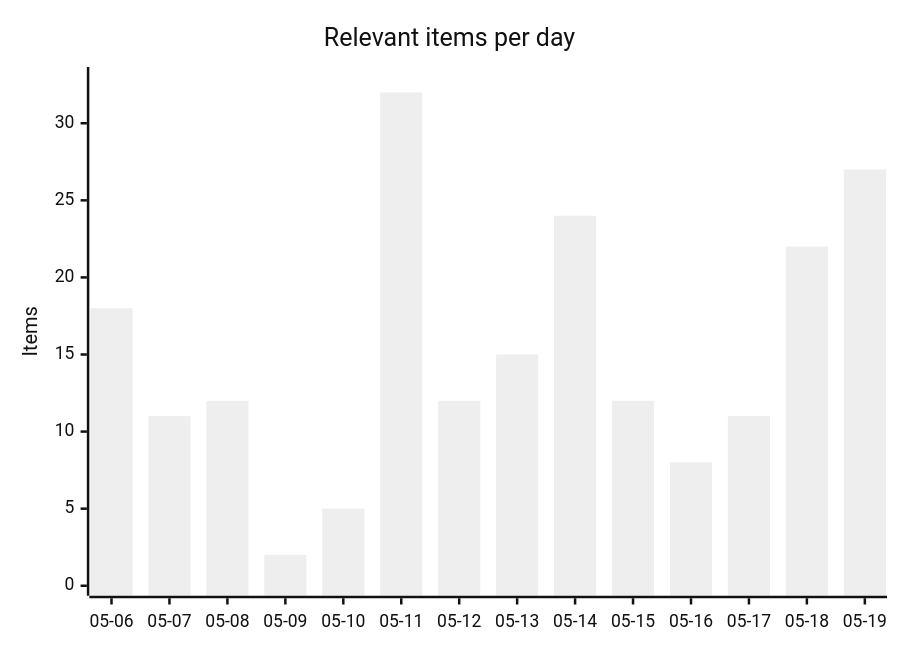
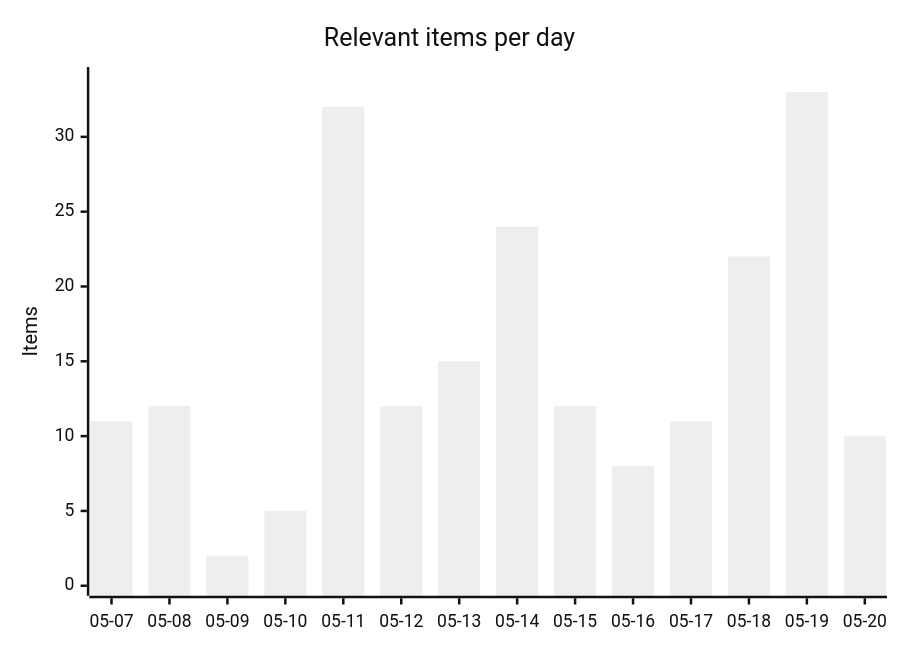
The first of 4 diagrams in README.md (martinbalfanz/social-scanner-reports), drawn with Mermaid (neutral theme) before and after one commit. The commit also changed other lines of this file and 4 other files, not shown here.

````diff
--- a/README.md
+++ b/README.md
@@ -30,7 +30,7 @@
 ```mermaid
 xychart-beta
     title "Relevant items per day"
-    x-axis ["05-06", "05-07", "05-08", "05-09", "05-10", "05-11", "05-12", "05-13", "05-14", "05-15", "05-16", "05-17", "05-18", "05-19"]
-    y-axis "Items" 0 --> 33
-    bar [18, 11, 12, 2, 5, 32, 12, 15, 24, 12, 8, 11, 22, 27]
+    x-axis ["05-07", "05-08", "05-09", "05-10", "05-11", "05-12", "05-13", "05-14", "05-15", "05-16", "05-17", "05-18", "05-19", "05-20"]
+    y-axis "Items" 0 --> 34
+    bar [11, 12, 2, 5, 32, 12, 15, 24, 12, 8, 11, 22, 33, 10]
 ```
````
